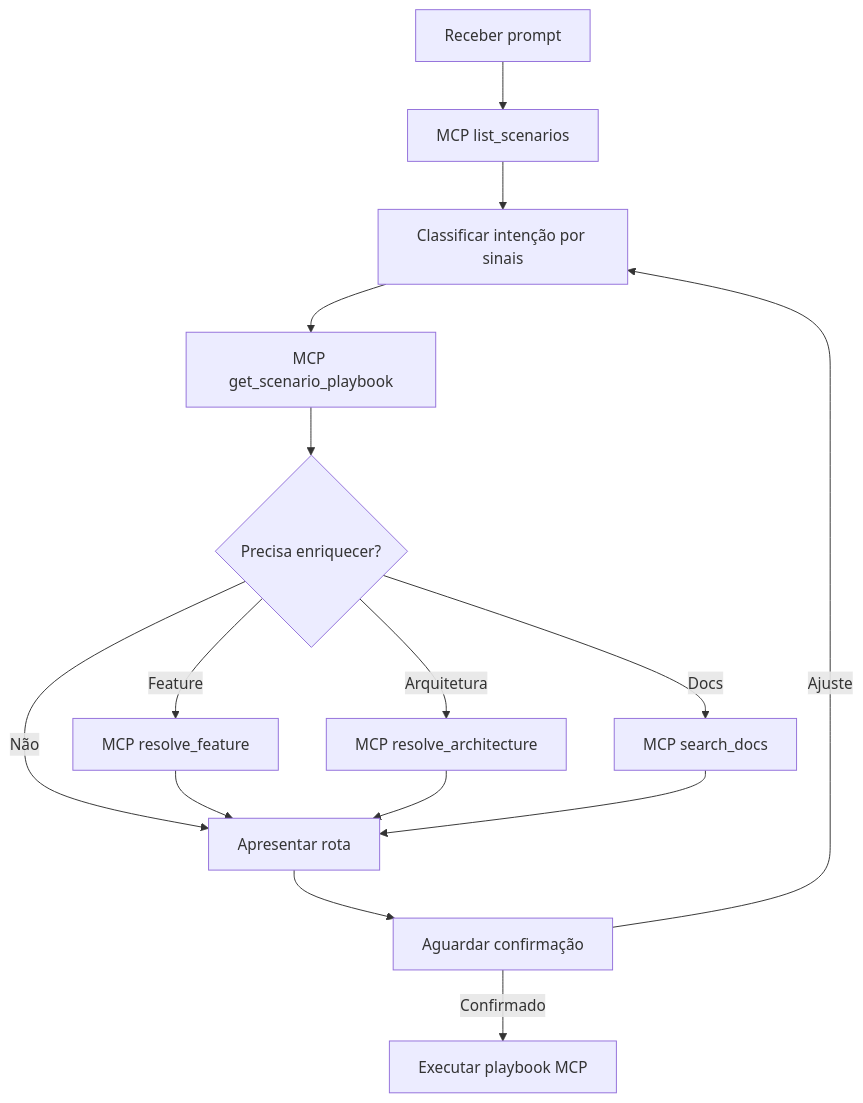
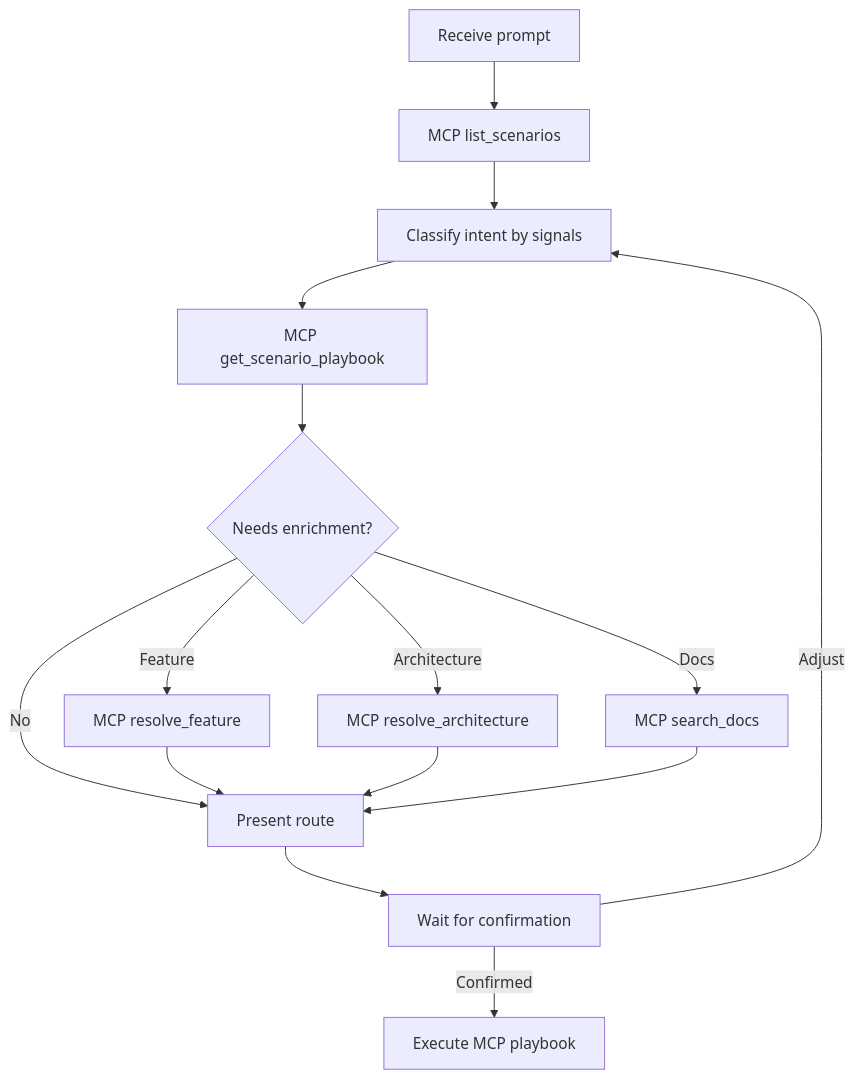
One commit to kallebelins/mvp24hours-dotnet changed the diagram in .github/skills/mvp24hours-router/SKILL.md. Above: the diagram before and after it, drawn with Mermaid. The commit also changed other lines of this file and 19 other files, not shown here.

````diff
--- a/.github/skills/mvp24hours-router/SKILL.md
+++ b/.github/skills/mvp24hours-router/SKILL.md
@@ -36,17 +36,17 @@
 ```mermaid
 flowchart TD
-    start[Receber prompt] --> mcpList["MCP list_scenarios"]
-    mcpList --> classify[Classificar intenção por sinais]
+    start[Receive prompt] --> mcpList["MCP list_scenarios"]
+    mcpList --> classify[Classify intent by signals]
     classify --> playbook["MCP get_scenario_playbook"]
-    playbook --> enrich{Precisa enriquecer?}
+    playbook --> enrich{Needs enrichment?}
     enrich -->|Feature| resolveFeat["MCP resolve_feature"]
-    enrich -->|Arquitetura| resolveArch["MCP resolve_architecture"]
+    enrich -->|Architecture| resolveArch["MCP resolve_architecture"]
     enrich -->|Docs| searchDocs["MCP search_docs"]
-    enrich -->|Não| present[Apresentar rota]
+    enrich -->|No| present[Present route]
     resolveFeat --> present
     resolveArch --> present
     searchDocs --> present
-    present --> wait[Aguardar confirmação]
-    wait -->|Confirmado| execute[Executar playbook MCP]
-    wait -->|Ajuste| classify
+    present --> wait[Wait for confirmation]
+    wait -->|Confirmed| execute[Execute MCP playbook]
+    wait -->|Adjust| classify
 ```
````
